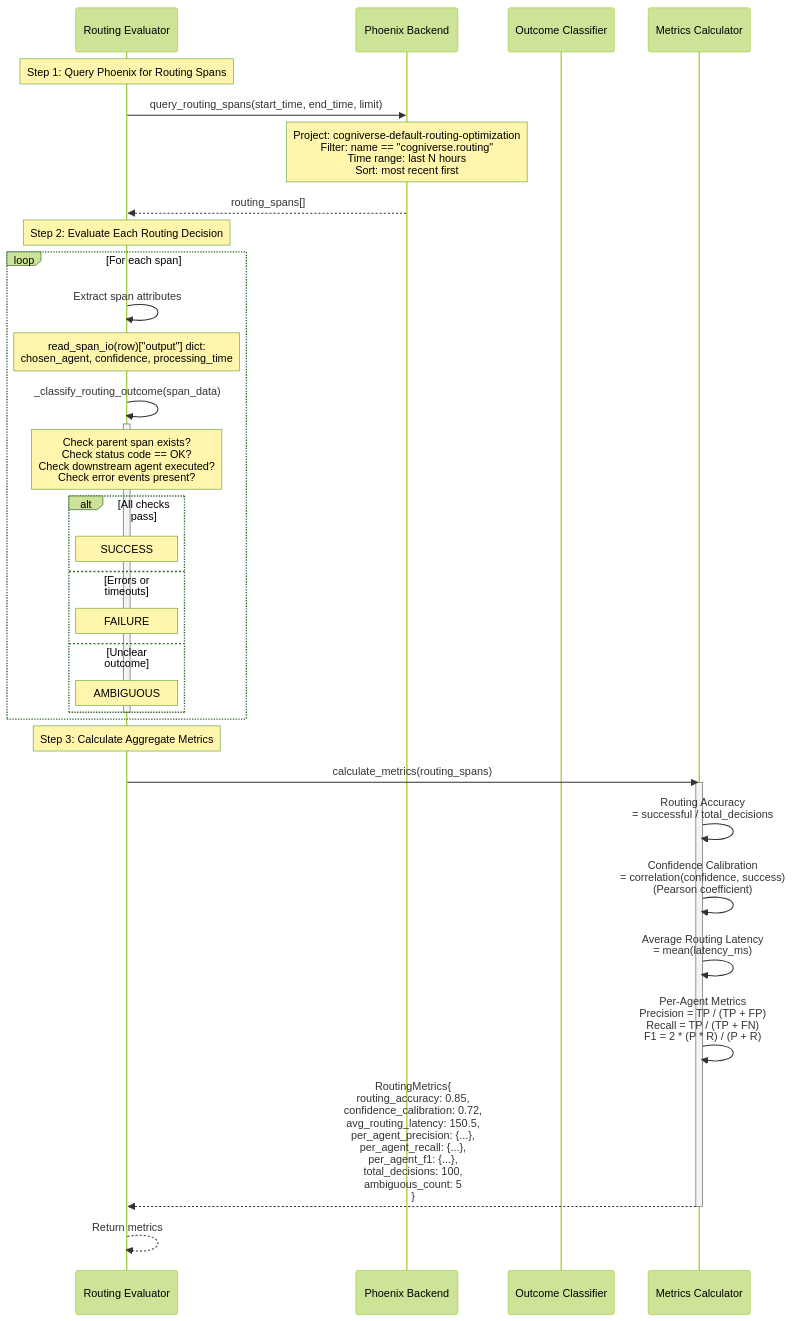
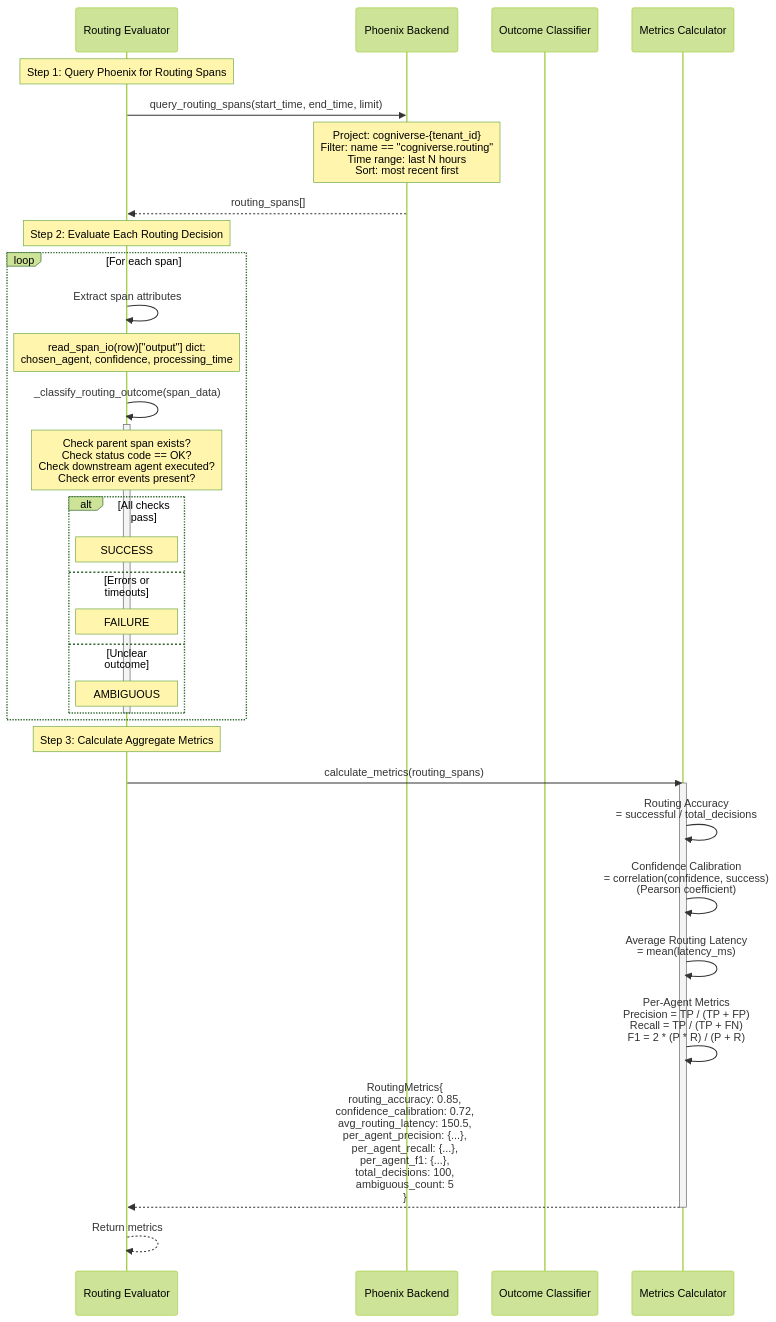
One commit to amit-jain/cogniverse changed the second of 4 diagrams in docs/modules/evaluation.md. Above: the diagram before and after it, drawn with Mermaid (forest theme). The commit also changed other lines of this file and 3 other files, not shown here.

First line of the commit message:
Require routing project names

````diff
--- a/docs/modules/evaluation.md
+++ b/docs/modules/evaluation.md
@@ -304,45 +304,45 @@
 ```mermaid
 sequenceDiagram
     participant Evaluator as Routing Evaluator
     participant Phoenix as Phoenix Backend
     participant Classifier as Outcome Classifier
     participant Calculator as Metrics Calculator
 
     Note over Evaluator: Step 1: Query Phoenix for Routing Spans
     Evaluator->>Phoenix: query_routing_spans(start_time, end_time, limit)
-    Note over Phoenix: Project: cogniverse-default-routing-optimization<br/>Filter: name == "cogniverse.routing"<br/>Time range: last N hours<br/>Sort: most recent first
+    Note over Phoenix: Project: cogniverse-{tenant_id}<br/>Filter: name == "cogniverse.routing"<br/>Time range: last N hours<br/>Sort: most recent first
     Phoenix-->>Evaluator: routing_spans[]
 
     Note over Evaluator: Step 2: Evaluate Each Routing Decision
     loop For each span
         Evaluator->>Evaluator: Extract span attributes
         Note over Evaluator: read_span_io(row)["output"] dict:<br/>chosen_agent, confidence, processing_time
 
         Evaluator->>Evaluator: _classify_routing_outcome(span_data)
         activate Evaluator
         Note over Evaluator: Check parent span exists?<br/>Check status code == OK?<br/>Check downstream agent executed?<br/>Check error events present?
 
         alt All checks pass
             Note over Evaluator: SUCCESS
         else Errors or timeouts
             Note over Evaluator: FAILURE
         else Unclear outcome
             Note over Evaluator: AMBIGUOUS
         end
         deactivate Evaluator
     end
 
     Note over Evaluator: Step 3: Calculate Aggregate Metrics
     Evaluator->>Calculator: calculate_metrics(routing_spans)
     activate Calculator
 
     Calculator->>Calculator: Routing Accuracy<br/>= successful / total_decisions
     Calculator->>Calculator: Confidence Calibration<br/>= correlation(confidence, success)<br/>(Pearson coefficient)
     Calculator->>Calculator: Average Routing Latency<br/>= mean(latency_ms)
     Calculator->>Calculator: Per-Agent Metrics<br/>Precision = TP / (TP + FP)<br/>Recall = TP / (TP + FN)<br/>F1 = 2 * (P * R) / (P + R)
 
     Calculator-->>Evaluator: RoutingMetrics{<br/>routing_accuracy: 0.85,<br/>confidence_calibration: 0.72,<br/>avg_routing_latency: 150.5,<br/>per_agent_precision: {...},<br/>per_agent_recall: {...},<br/>per_agent_f1: {...},<br/>total_decisions: 100,<br/>ambiguous_count: 5<br/>}
     deactivate Calculator
 
     Evaluator-->>Evaluator: Return metrics
 ```
````
